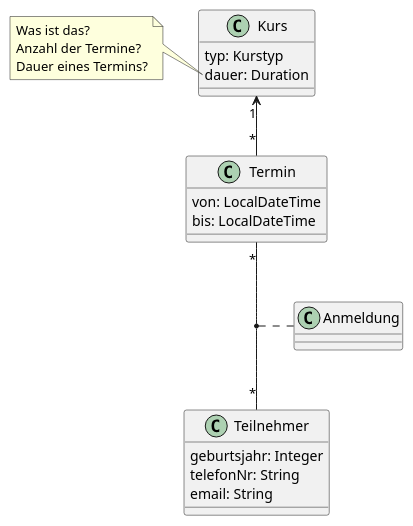
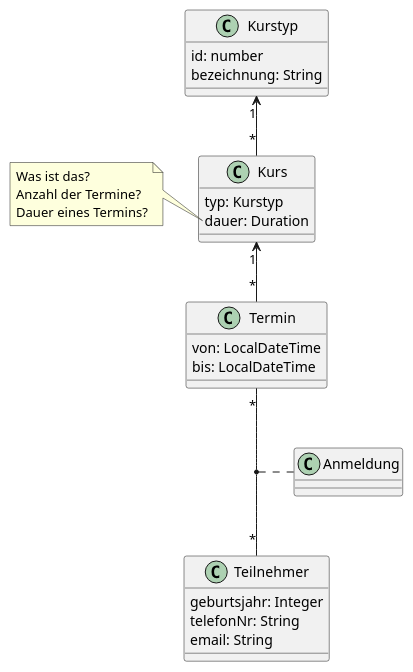
Before and after one commit to 2223-3bhif-syp/02-projekte-kurstermine: the diagram in asciidocs/plantuml/class-diagram-korrigiert-stuetz.puml, drawn with PlantUML.

Commit message:
add kurstyp to class diagram

```diff
--- a/asciidocs/plantuml/class-diagram-korrigiert-stuetz.puml
+++ b/asciidocs/plantuml/class-diagram-korrigiert-stuetz.puml
@@ -1,37 +1,44 @@
 @startuml
 'left to right direction
 
 
 class Teilnehmer {
     geburtsjahr: Integer
     telefonNr: String
     email: String
+}
+
+class Kurstyp {
+  id: number
+  bezeichnung: String
 }
 
 class Kurs {
     typ: Kurstyp
     dauer: Duration
 }
 note left of Kurs::dauer
   Was ist das?
   Anzahl der Termine?
   Dauer eines Termins?
 end note
 
 class Termin  {
     von: LocalDateTime
     bis: LocalDateTime
 }
 
+Kurstyp "1" <-- "*" Kurs
+
 'Teilnehmer --|> Person
 'Veranstalter --|> Person
 
 'Teilnehmer "*" -- "*" Kurs : > nimmt teil
 '(Teilnehmer, Kurs) .. Termin
 'Veranstalter "1" -- "*" Kurs : > haelt ab
 
 Kurs "1" <-- "*" Termin
 Termin "*" -- "*" Teilnehmer
 (Termin,Teilnehmer) . Anmeldung
 
 @enduml
```
